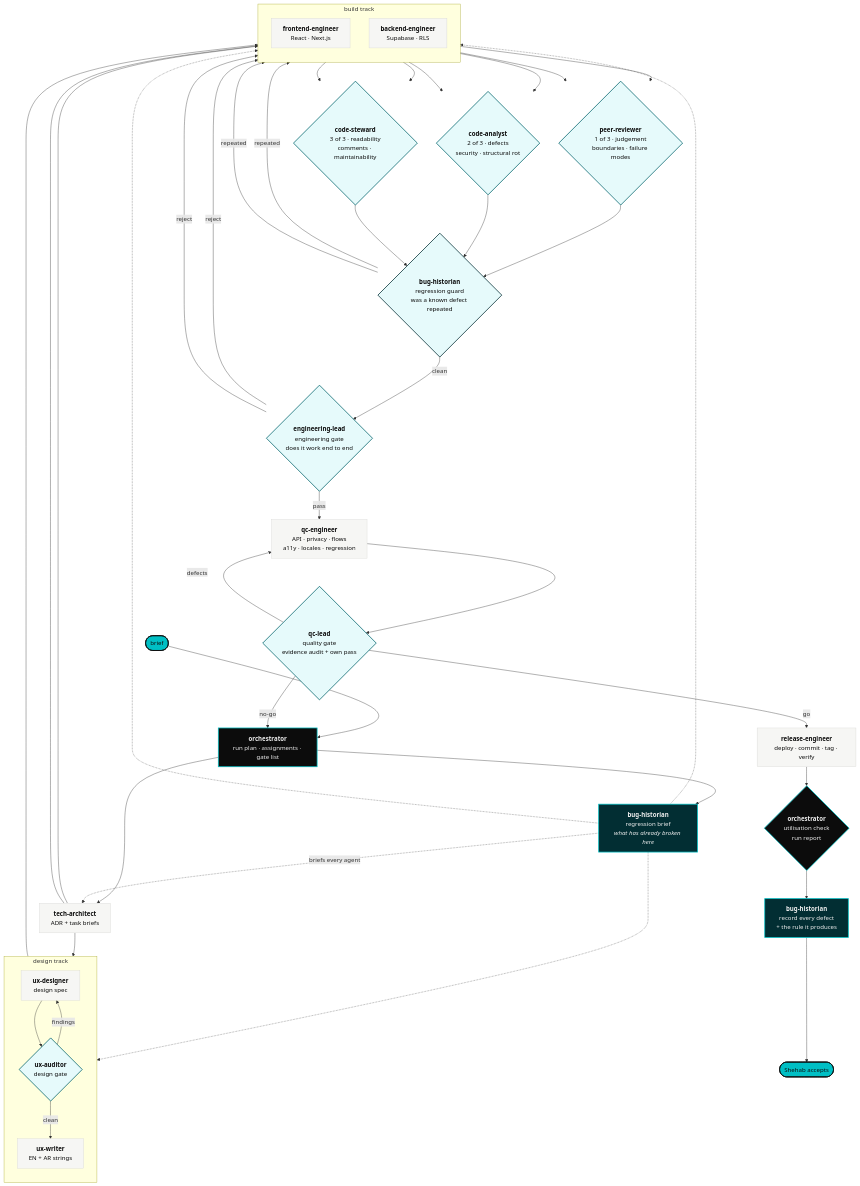
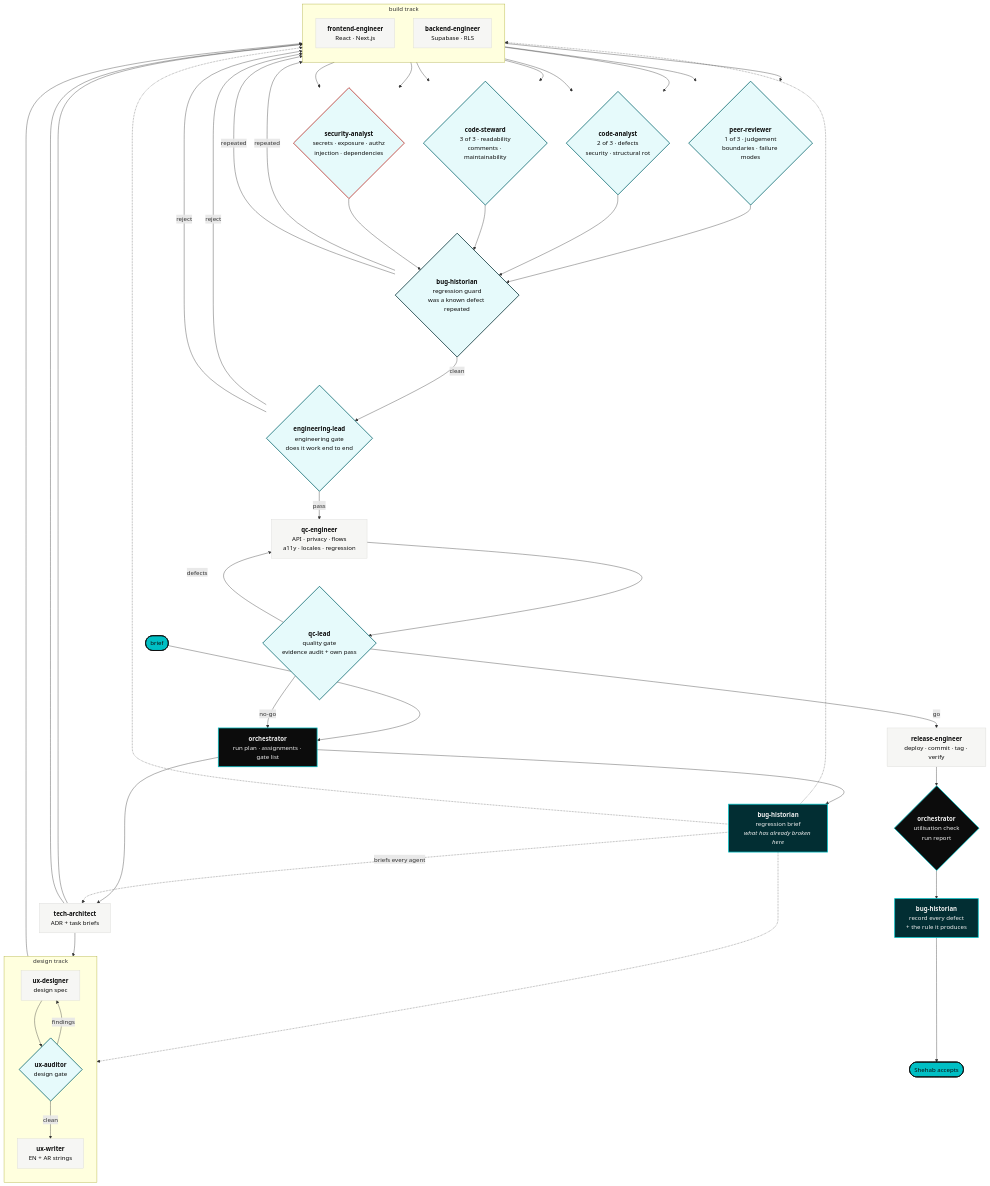
One commit to Shehabov/actio changed the first of 3 diagrams in docs/WORKFLOW.md. Above: the diagram before and after it, drawn with Mermaid. The commit also changed other lines of this file and 20 other files, not shown here.

````diff
--- a/docs/WORKFLOW.md
+++ b/docs/WORKFLOW.md
@@ -49,17 +49,21 @@
   FE --> PR
   FE --> CA
   FE --> CS
+  FE --> SEC
   BE --> PR
   BE --> CA
   BE --> CS
+  BE --> SEC
 
   PR{"<b>peer-reviewer</b><br/>1 of 3 · judgement<br/>boundaries · failure modes"}:::gate
   CA{"<b>code-analyst</b><br/>2 of 3 · defects<br/>security · structural rot"}:::gate
   CS{"<b>code-steward</b><br/>3 of 3 · readability<br/>comments · maintainability"}:::gate
+  SEC{"<b>security-analyst</b><br/>secrets · exposure · authz<br/>injection · dependencies"}:::sec
 
   PR --> RG
   CA --> RG
   CS --> RG
+  SEC --> RG
 
   RG{"<b>bug-historian</b><br/>regression guard<br/>was a known defect repeated"}:::mem2
   RG -- "repeated" --> FE
@@ -93,4 +97,5 @@
   classDef gate fill:#E6FAFB,stroke:#02646B,stroke-width:2px,color:#0C0C0C
   classDef mem fill:#022E33,stroke:#00BFC4,stroke-width:2px,color:#EFEFEF
   classDef mem2 fill:#E6FAFB,stroke:#022E33,stroke-width:2px,color:#0C0C0C
+  classDef sec fill:#E6FAFB,stroke:#B4251F,stroke-width:2px,color:#0C0C0C
 ```
````
